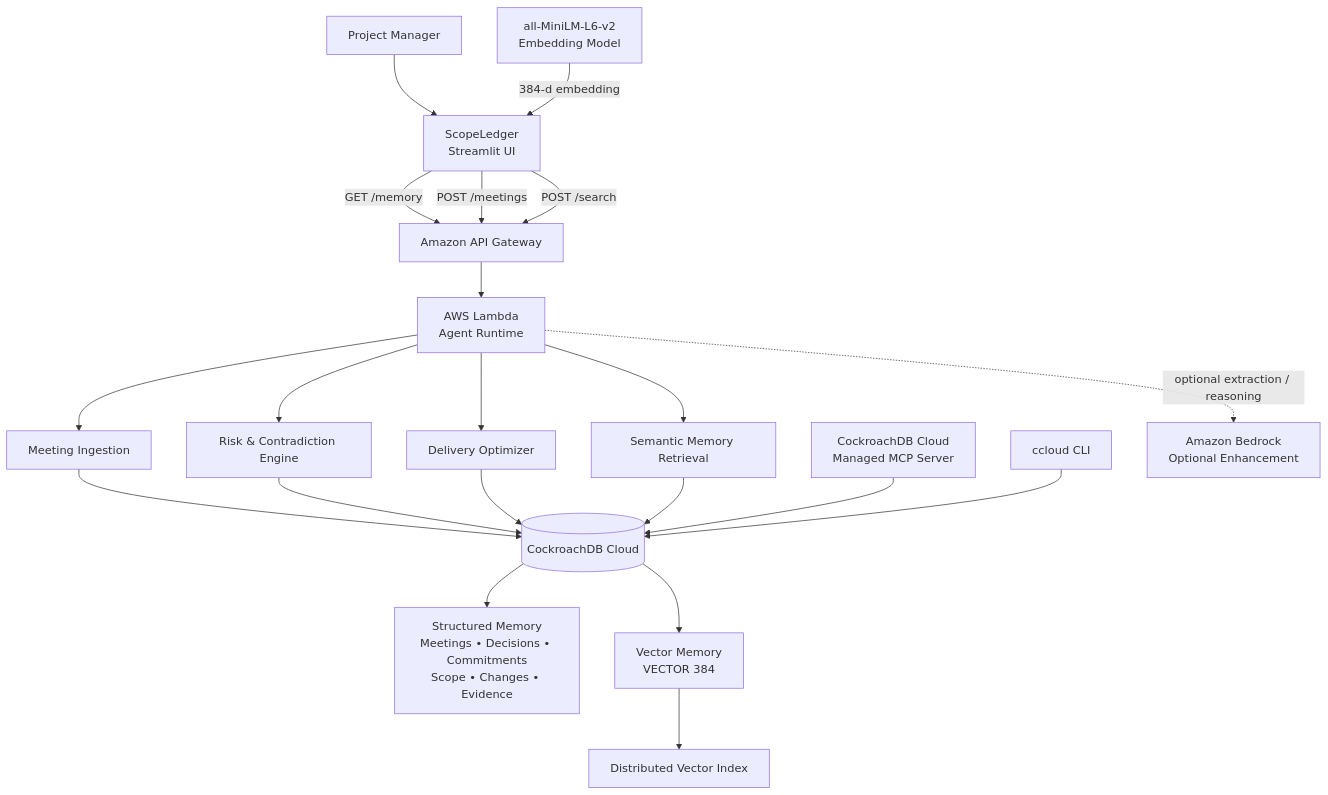
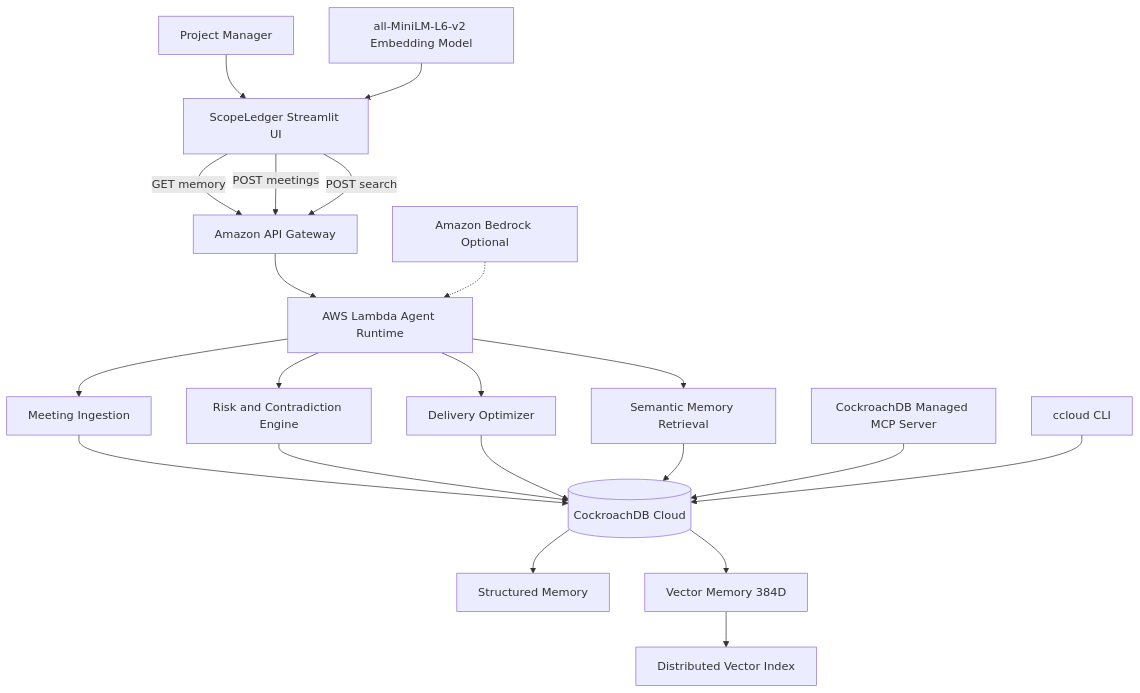
One commit to hariniramanan/ScopeLedger changed the diagram in README.md. Above: the diagram before and after it, drawn with Mermaid. The commit also changed other lines of this file, not shown here.

Commit message:
Refine architecture diagram in README
Updated architecture diagram for clarity and consistency.

````diff
--- a/README.md
+++ b/README.md
@@ -36,34 +35,33 @@
 ```mermaid
 flowchart TD
 
-    U[Project Manager] --> UI[ScopeLedger<br/>Streamlit UI]
+    U[Project Manager] --> UI[ScopeLedger Streamlit UI]
 
-    UI -->|GET /memory| APIGW[Amazon API Gateway]
-    UI -->|POST /meetings| APIGW
-    UI -->|POST /search| APIGW
+    UI -->|GET memory| APIGW[Amazon API Gateway]
+    UI -->|POST meetings| APIGW
+    UI -->|POST search| APIGW
 
-    APIGW --> LAMBDA[AWS Lambda<br/>Agent Runtime]
+    APIGW --> LAMBDA[AWS Lambda Agent Runtime]
 
     LAMBDA --> INGEST[Meeting Ingestion]
-    LAMBDA --> RISK[Risk & Contradiction Engine]
+    LAMBDA --> RISK[Risk and Contradiction Engine]
     LAMBDA --> OPT[Delivery Optimizer]
     LAMBDA --> SEARCH[Semantic Memory Retrieval]
 
     INGEST --> CRDB[(CockroachDB Cloud)]
     RISK --> CRDB
     OPT --> CRDB
     SEARCH --> CRDB
 
-    CRDB --> STRUCT[Structured Memory<br/>Meetings • Decisions • Commitments<br/>Scope • Changes • Evidence]
+    CRDB --> STRUCT[Structured Memory]
+    CRDB --> VECTOR[Vector Memory 384D]
 
-    CRDB --> VECTOR[Vector Memory<br/>VECTOR 384]
     VECTOR --> DVI[Distributed Vector Index]
 
-    LOCAL[all-MiniLM-L6-v2<br/>Embedding Model] -->|384-d embedding| UI
+    EMBED[all-MiniLM-L6-v2 Embedding Model] --> UI
 
-    MCP[CockroachDB Cloud<br/>Managed MCP Server] --> CRDB
+    MCP[CockroachDB Managed MCP Server] --> CRDB
     CCLOUD[ccloud CLI] --> CRDB
 
-    BEDROCK[Amazon Bedrock<br/>Optional Enhancement]
-    LAMBDA -. optional extraction / reasoning .-> BEDROCK
+    BEDROCK[Amazon Bedrock Optional] -.-> LAMBDA
 ```
````
